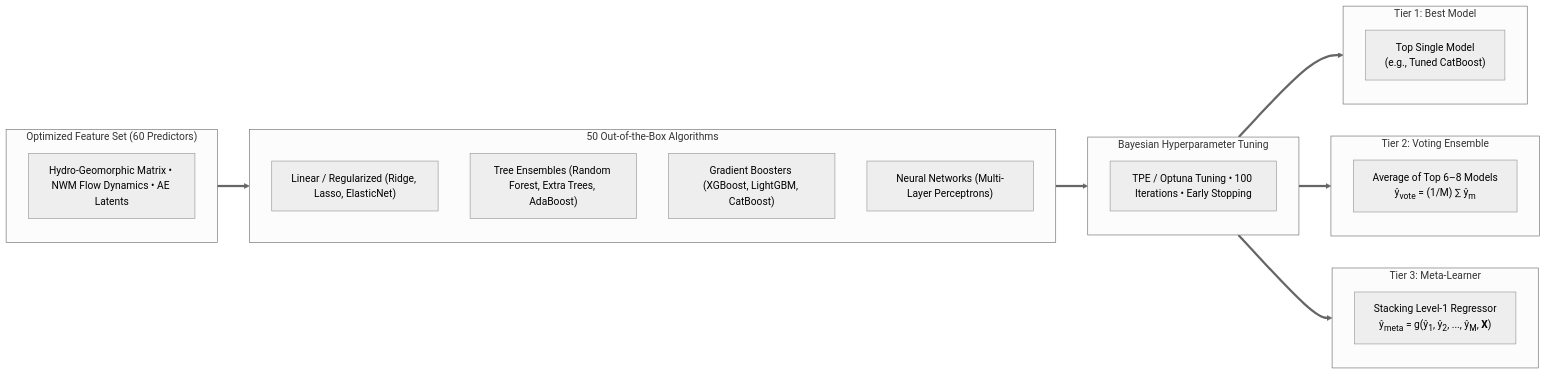
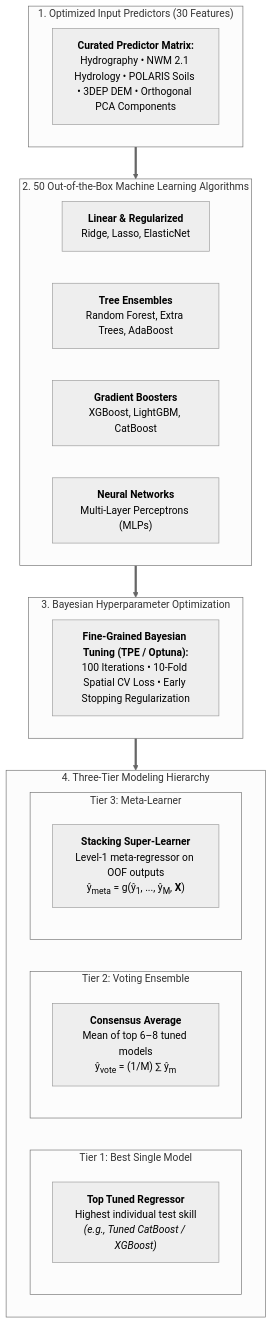
The second of 3 diagrams in docs/v1.0/overview/methods.md (arashmodrad/ml_web), drawn with Mermaid (neutral theme) before and after one commit. The commit also changed other lines of this file and 40 other files, not shown here.

````diff
--- a/docs/v1.0/overview/methods.md
+++ b/docs/v1.0/overview/methods.md
@@ -78,40 +77,44 @@
 ```mermaid
-flowchart LR
-    subgraph IN ["Optimized Feature Set (60 Predictors)"]
-        FEAT["Hydro-Geomorphic Matrix &bull; NWM Flow Dynamics &bull; AE Latents"]
+flowchart TD
+    subgraph IN ["1. Optimized Input Predictors (30 Features)"]
+        FEAT["<b>Curated Predictor Matrix:</b><br/>Hydrography &bull; NWM 2.1 Hydrology &bull; POLARIS Soils &bull; 3DEP DEM &bull; Orthogonal PCA Components"]
     end
 
-    subgraph B50 ["50 Out-of-the-Box Algorithms"]
-        direction TB
-        L["Linear / Regularized (Ridge, Lasso, ElasticNet)"]
-        T["Tree Ensembles (Random Forest, Extra Trees, AdaBoost)"]
-        G["Gradient Boosters (XGBoost, LightGBM, CatBoost)"]
-        N["Neural Networks (Multi-Layer Perceptrons)"]
+    subgraph B50 ["2. 50 Out-of-the-Box Machine Learning Algorithms"]
+        direction LR
+        L["<b>Linear & Regularized</b><br/>Ridge, Lasso, ElasticNet"]
+        T["<b>Tree Ensembles</b><br/>Random Forest, Extra Trees, AdaBoost"]
+        G["<b>Gradient Boosters</b><br/>XGBoost, LightGBM, CatBoost"]
+        N["<b>Neural Networks</b><br/>Multi-Layer Perceptrons (MLPs)"]
     end
 
-    subgraph HYP ["Bayesian Hyperparameter Tuning"]
-        OPT["TPE / Optuna Tuning &bull; 100 Iterations &bull; Early Stopping"]
+    subgraph HYP ["3. Bayesian Hyperparameter Optimization"]
+        OPT["<b>Fine-Grained Bayesian Tuning (TPE / Optuna):</b><br/>100 Iterations &bull; 10-Fold Spatial CV Loss &bull; Early Stopping Regularization"]
     end
 
-    subgraph T1 ["Tier 1: Best Model"]
-        M1["Top Single Model<br/>(e.g., Tuned CatBoost)"]
+    subgraph TIERS ["4. Three-Tier Modeling Hierarchy"]
+        direction LR
+        subgraph T1 ["Tier 1: Best Single Model"]
+            M1["<b>Top Tuned Regressor</b><br/>Highest individual test skill<br/><i>(e.g., Tuned CatBoost / XGBoost)</i>"]
+        end
+
+        subgraph T2 ["Tier 2: Voting Ensemble"]
+            M2["<b>Consensus Average</b><br/>Mean of top 6&ndash;8 tuned models<br/>&ycirc;<sub>vote</sub> = (1/M) &sum; &ycirc;<sub>m</sub>"]
+        end
+
+        subgraph T3 ["Tier 3: Meta-Learner"]
+            M3["<b>Stacking Super-Learner</b><br/>Level-1 meta-regressor on OOF outputs<br/>&ycirc;<sub>meta</sub> = g(&ycirc;<sub>1</sub>, ..., &ycirc;<sub>M</sub>, <b>X</b>)"]
+        end
     end
 
-    subgraph T2 ["Tier 2: Voting Ensemble"]
-        M2["Average of Top 6&ndash;8 Models<br/>&ycirc;<sub>vote</sub> = (1/M) &sum; &ycirc;<sub>m</sub>"]
-    end
+    IN ==> B50
+    B50 ==> HYP
+    HYP ==> TIERS
 
-    subgraph T3 ["Tier 3: Meta-Learner"]
-        M3["Stacking Level-1 Regressor<br/>&ycirc;<sub>meta</sub> = g(&ycirc;<sub>1</sub>, &ycirc;<sub>2</sub>, ..., &ycirc;<sub>M</sub>, <b>X</b>)"]
-    end
-
-    IN ==> B50 ==> HYP
-    HYP ==> T1
-    HYP ==> T2
-    HYP ==> T3
-
+    class IN highlight-blue;
     class B50 highlight-blue;
+    class HYP highlight-blue;
     class T1 highlight-blue;
     class T2 highlight-teal;
     class T3 highlight-orange;
 ```
````
